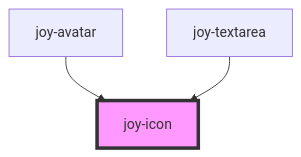
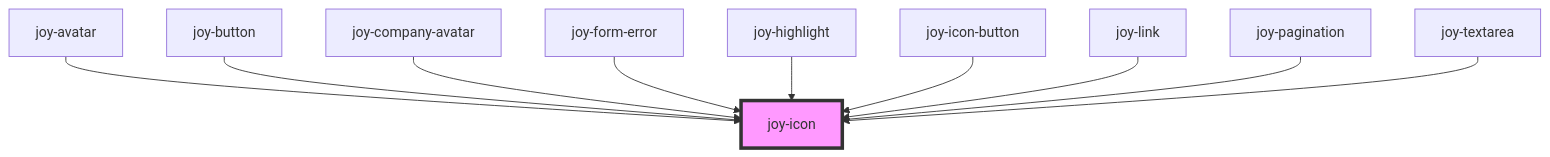
One commit to Maltcommunity/joy changed the diagram in src/core/src/components/icon/readme.md. Above: the diagram before and after it, drawn with Mermaid. The commit also changed other lines of this file and 18 other files, not shown here.

````diff
--- a/src/core/src/components/icon/readme.md
+++ b/src/core/src/components/icon/readme.md
@@ -54,6 +61,13 @@
 ```mermaid
 graph TD;
   joy-avatar --> joy-icon
+  joy-button --> joy-icon
+  joy-company-avatar --> joy-icon
+  joy-form-error --> joy-icon
+  joy-highlight --> joy-icon
+  joy-icon-button --> joy-icon
+  joy-link --> joy-icon
+  joy-pagination --> joy-icon
   joy-textarea --> joy-icon
   style joy-icon fill:#f9f,stroke:#333,stroke-width:4px
 ```
````
